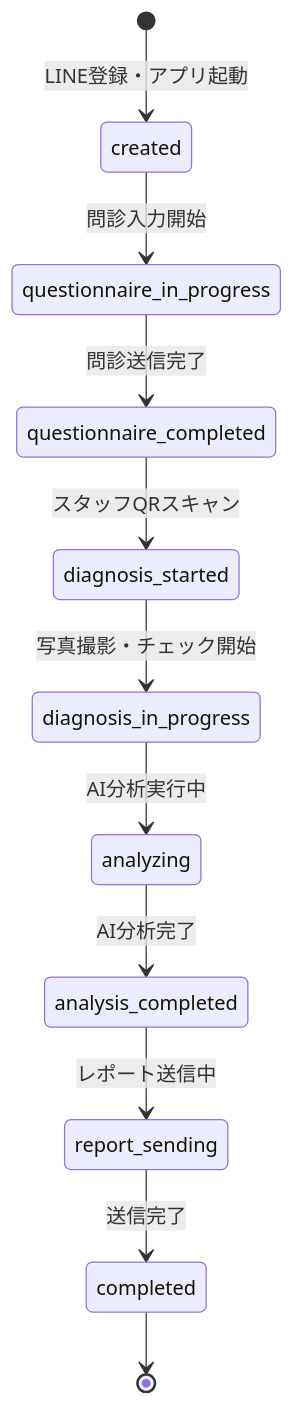
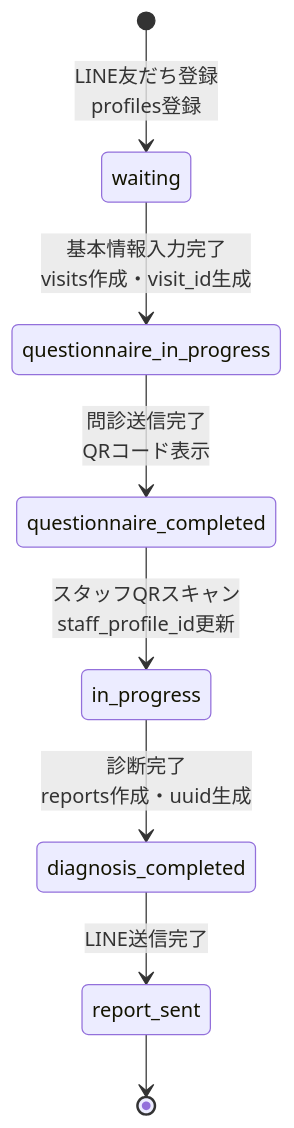
Before and after one commit to Ks-Classic/cOralup-yourTIME: the diagram in docs/designe/05-ワークフロー設計.md, drawn with Mermaid. The commit also changed other lines of this file and 67 other files, not shown here.

````diff
--- a/docs/designe/05-ワークフロー設計.md
+++ b/docs/designe/05-ワークフロー設計.md
@@ -7,19 +7,16 @@
 ```mermaid
 stateDiagram-v2
-    [*] --> created : LINE登録・アプリ起動
+    [*] --> waiting : LINE友だち登録<br/>profiles登録
     
-    created --> questionnaire_in_progress : 問診入力開始
-    questionnaire_in_progress --> questionnaire_completed : 問診送信完了
+    waiting --> questionnaire_in_progress : 基本情報入力完了<br/>visits作成・visit_id生成
     
-    questionnaire_completed --> diagnosis_started : スタッフQRスキャン
+    questionnaire_in_progress --> questionnaire_completed : 問診送信完了<br/>QRコード表示
     
-    diagnosis_started --> diagnosis_in_progress : 写真撮影・チェック開始
+    questionnaire_completed --> in_progress : スタッフQRスキャン<br/>staff_profile_id更新
     
-    diagnosis_in_progress --> analyzing : AI分析実行中
-    analyzing --> analysis_completed : AI分析完了
+    in_progress --> diagnosis_completed : 診断完了<br/>reports作成・uuid生成
     
-    analysis_completed --> report_sending : レポート送信中
-    report_sending --> completed : 送信完了
+    diagnosis_completed --> report_sent : LINE送信完了
     
-    completed --> [*]
+    report_sent --> [*]
 ```
````
